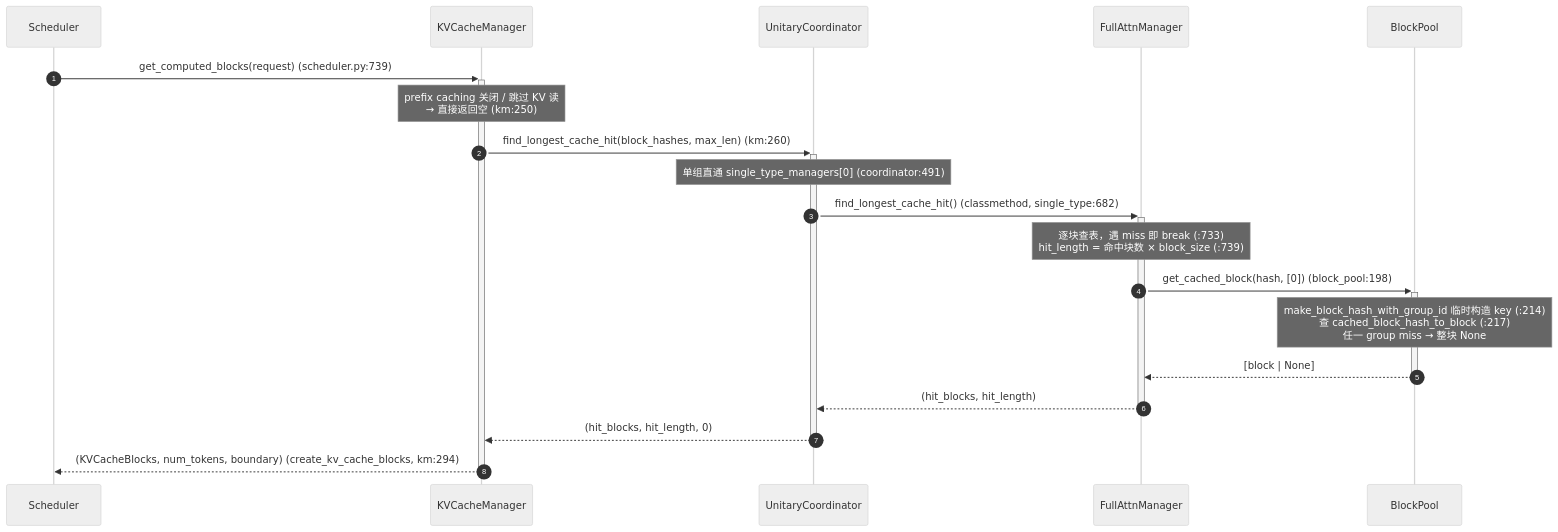
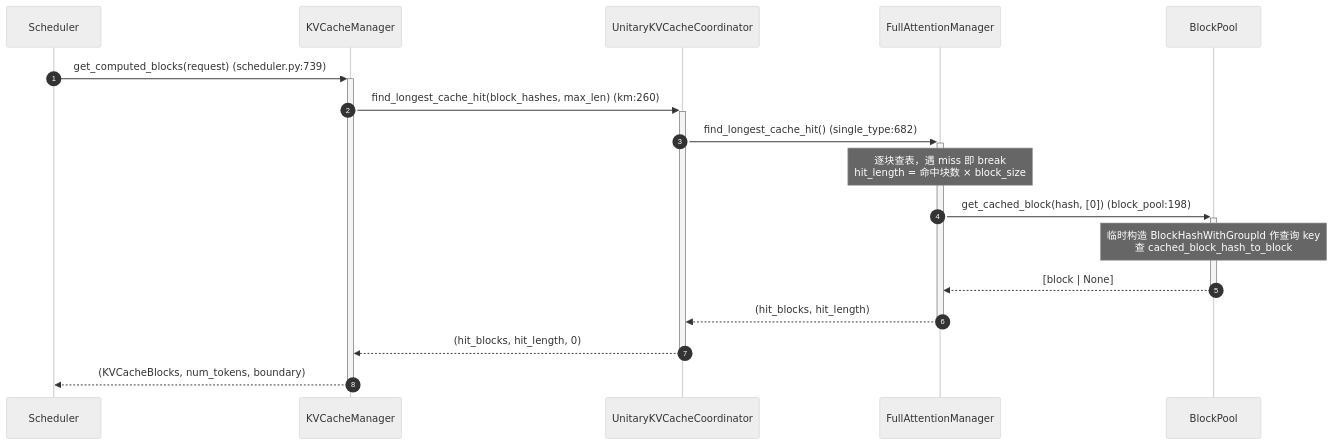
Before and after one commit to GoCHug/vllm: the fourth of 8 diagrams in vllm/v1/core/kvcache_docs/0_end_to_end_sequence.md, drawn with Mermaid (neutral theme). The commit also changed other lines of this file, not shown here.

````diff
--- a/vllm/v1/core/kvcache_docs/0_end_to_end_sequence.md
+++ b/vllm/v1/core/kvcache_docs/0_end_to_end_sequence.md
@@ -281,22 +213,19 @@
 ```mermaid
 sequenceDiagram
     autonumber
     participant S as Scheduler
     participant KM as KVCacheManager
-    participant CO as UnitaryCoordinator
-    participant FM as FullAttnManager
+    participant CO as UnitaryKVCacheCoordinator
+    participant FM as FullAttentionManager
     participant BP as BlockPool
-
     S->>+KM: get_computed_blocks(request)   (scheduler.py:739)
-    Note over KM: prefix caching 关闭 / 跳过 KV 读<br/>→ 直接返回空 (km:250)
     KM->>+CO: find_longest_cache_hit(block_hashes, max_len)   (km:260)
-    Note over CO: 单组直通 single_type_managers[0] (coordinator:491)
-    CO->>+FM: find_longest_cache_hit()   (classmethod, single_type:682)
-    Note over FM: 逐块查表，遇 miss 即 break (:733)<br/>hit_length = 命中块数 × block_size (:739)
+    CO->>+FM: find_longest_cache_hit()   (single_type:682)
+    Note over FM: 逐块查表，遇 miss 即 break<br/>hit_length = 命中块数 × block_size
     FM->>+BP: get_cached_block(hash, [0])   (block_pool:198)
-    Note over BP: make_block_hash_with_group_id 临时构造 key (:214)<br/>查 cached_block_hash_to_block (:217)<br/>任一 group miss → 整块 None
+    Note over BP: 临时构造 BlockHashWithGroupId 作查询 key<br/>查 cached_block_hash_to_block
     BP-->>-FM: [block | None]
     FM-->>-CO: (hit_blocks, hit_length)
     CO-->>-KM: (hit_blocks, hit_length, 0)
-    KM-->>-S: (KVCacheBlocks, num_tokens, boundary)   (create_kv_cache_blocks, km:294)
+    KM-->>-S: (KVCacheBlocks, num_tokens, boundary)
 ```
````
